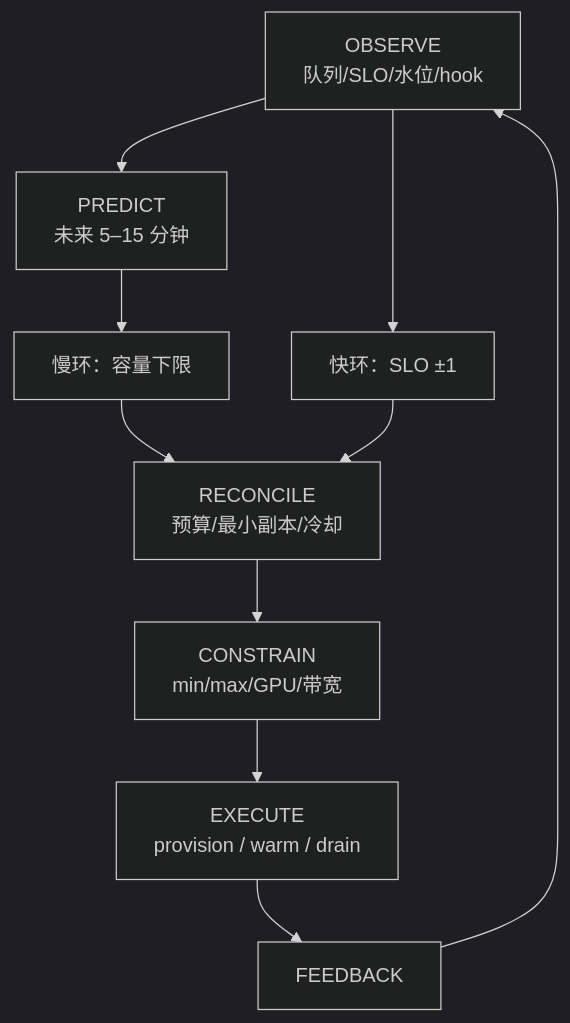
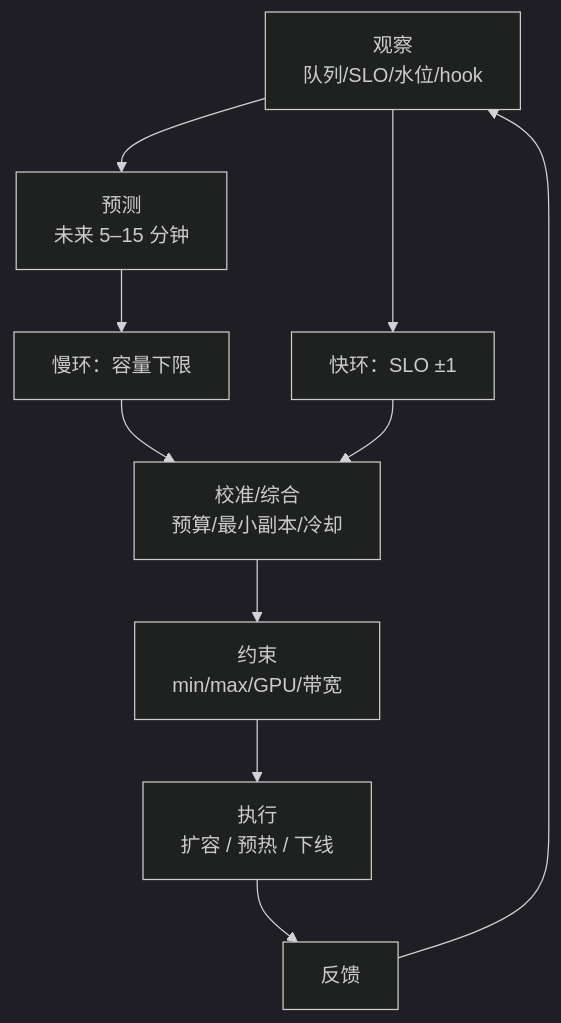
The sixth of 9 diagrams in kvcm/design/D8a-scheduling-algorithms.md (5x8-40/lake), drawn with Mermaid (dark theme) before and after one commit. The commit also changed other lines of this file and 4 other files, not shown here.

````diff
--- a/kvcm/design/D8a-scheduling-algorithms.md
+++ b/kvcm/design/D8a-scheduling-algorithms.md
@@ -401,12 +414,12 @@
 ```mermaid
 flowchart TB
-    O["OBSERVE<br/>队列/SLO/水位/hook"] --> P["PREDICT<br/>未来 5–15 分钟"]
+    O["观察<br/>队列/SLO/水位/hook"] --> P["预测<br/>未来 5–15 分钟"]
     P --> SL["慢环：容量下限"]
     O --> FL["快环：SLO ±1"]
-    SL --> R["RECONCILE<br/>预算/最小副本/冷却"]
+    SL --> R["校准/综合<br/>预算/最小副本/冷却"]
     FL --> R
-    R --> C["CONSTRAIN<br/>min/max/GPU/带宽"]
-    C --> E["EXECUTE<br/>provision / warm / drain"]
-    E --> F["FEEDBACK"]
+    R --> C["约束<br/>min/max/GPU/带宽"]
+    C --> E["执行<br/>扩容 / 预热 / 下线"]
+    E --> F["反馈"]
     F --> O
 ```
````
